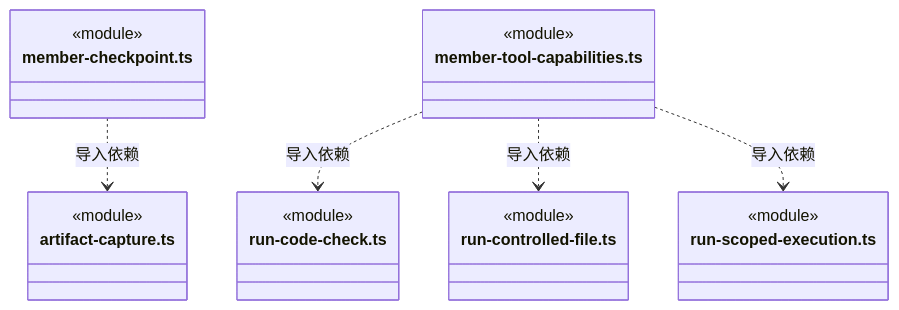
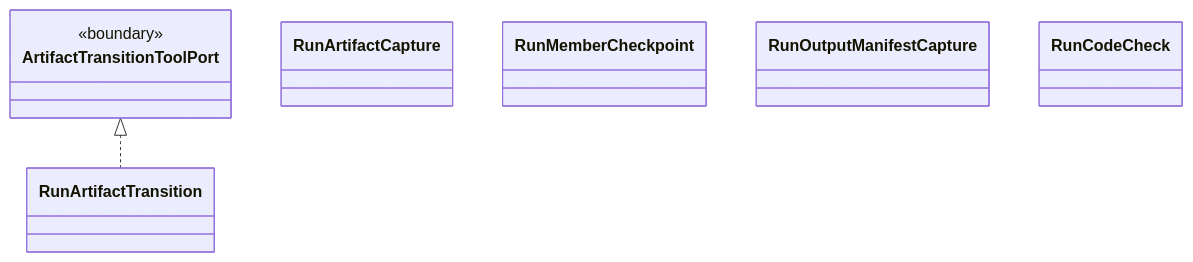
The first of 2 diagrams in src/logic/execution/rules/capabilities/ARCHITECTURE.md (nan023062/cbim), drawn with Mermaid before and after one commit. The commit also changed other lines of this file and 158 other files, not shown here.

Commit message:
docs: model architecture through nested virtual encapsulations

````diff
--- a/src/logic/execution/rules/capabilities/ARCHITECTURE.md
+++ b/src/logic/execution/rules/capabilities/ARCHITECTURE.md
@@ -521,25 +28,18 @@
 ```mermaid
 classDiagram
-class N_src_logic_execution_rules_capabilities_member_checkpoint_ts["member-checkpoint.ts"] {
-  <<module>>
+class N_6561dd01c605["ArtifactTransitionToolPort"] {
+  <<boundary>>
 }
-class N_src_logic_execution_rules_capabilities_artifact_capture_ts["artifact-capture.ts"] {
-  <<module>>
-}
-class N_src_logic_execution_rules_capabilities_member_tool_capabilities_ts["member-tool-capabilities.ts"] {
-  <<module>>
-}
-class N_src_logic_execution_rules_capabilities_run_code_check_ts["run-code-check.ts"] {
-  <<module>>
-}
-class N_src_logic_execution_rules_capabilities_run_controlled_file_ts["run-controlled-file.ts"] {
-  <<module>>
-}
-class N_src_logic_execution_rules_capabilities_run_scoped_execution_ts["run-scoped-execution.ts"] {
-  <<module>>
-}
-N_src_logic_execution_rules_capabilities_member_checkpoint_ts ..> N_src_logic_execution_rules_capabilities_artifact_capture_ts : 导入依赖
-N_src_logic_execution_rules_capabilities_member_tool_capabilities_ts ..> N_src_logic_execution_rules_capabilities_run_code_check_ts : 导入依赖
-N_src_logic_execution_rules_capabilities_member_tool_capabilities_ts ..> N_src_logic_execution_rules_capabilities_run_controlled_file_ts : 导入依赖
-N_src_logic_execution_rules_capabilities_member_tool_capabilities_ts ..> N_src_logic_execution_rules_capabilities_run_scoped_execution_ts : 导入依赖
+click N_6561dd01c605 href "../../../file-operations/rules/artifact-transition.ts"
+class N_596148f89031["RunArtifactTransition"]
+click N_596148f89031 href "run-artifact-transition.ts"
+class N_433c06b2c3b1["RunArtifactCapture"]
+click N_433c06b2c3b1 href "artifact-capture.ts"
+class N_8889791d651d["RunMemberCheckpoint"]
+click N_8889791d651d href "member-checkpoint.ts"
+class N_e780be43c056["RunOutputManifestCapture"]
+click N_e780be43c056 href "output-manifest-capture.ts"
+class N_14c4aba0ee0a["RunCodeCheck"]
+click N_14c4aba0ee0a href "run-code-check.ts"
+N_6561dd01c605 <|.. N_596148f89031
 ```
````
